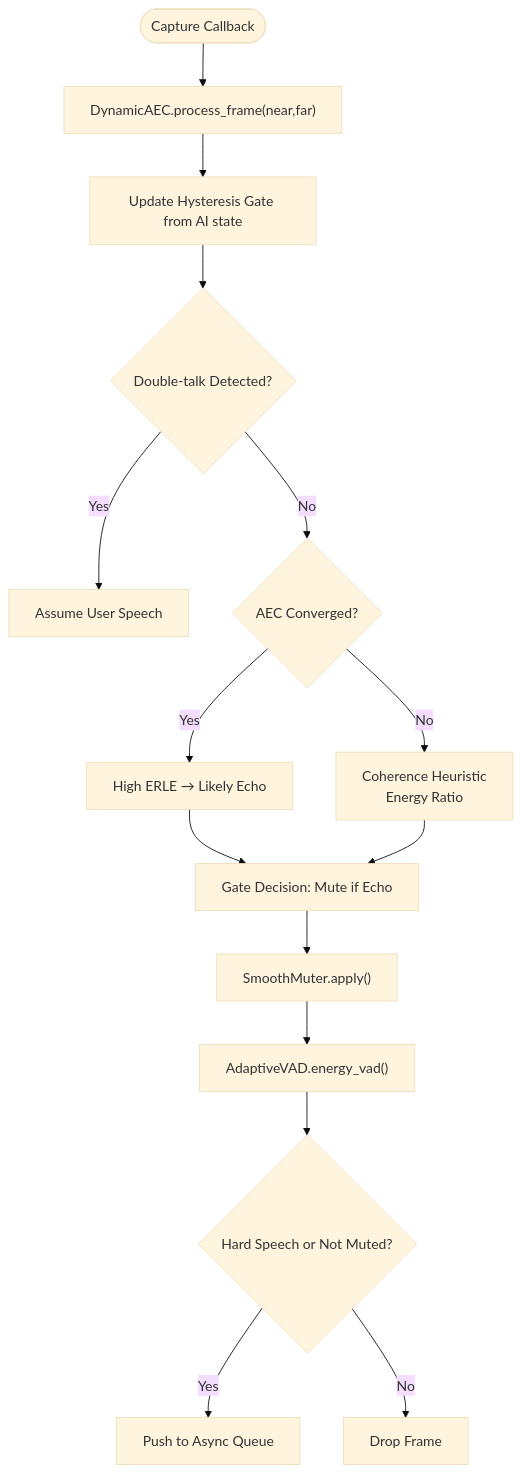
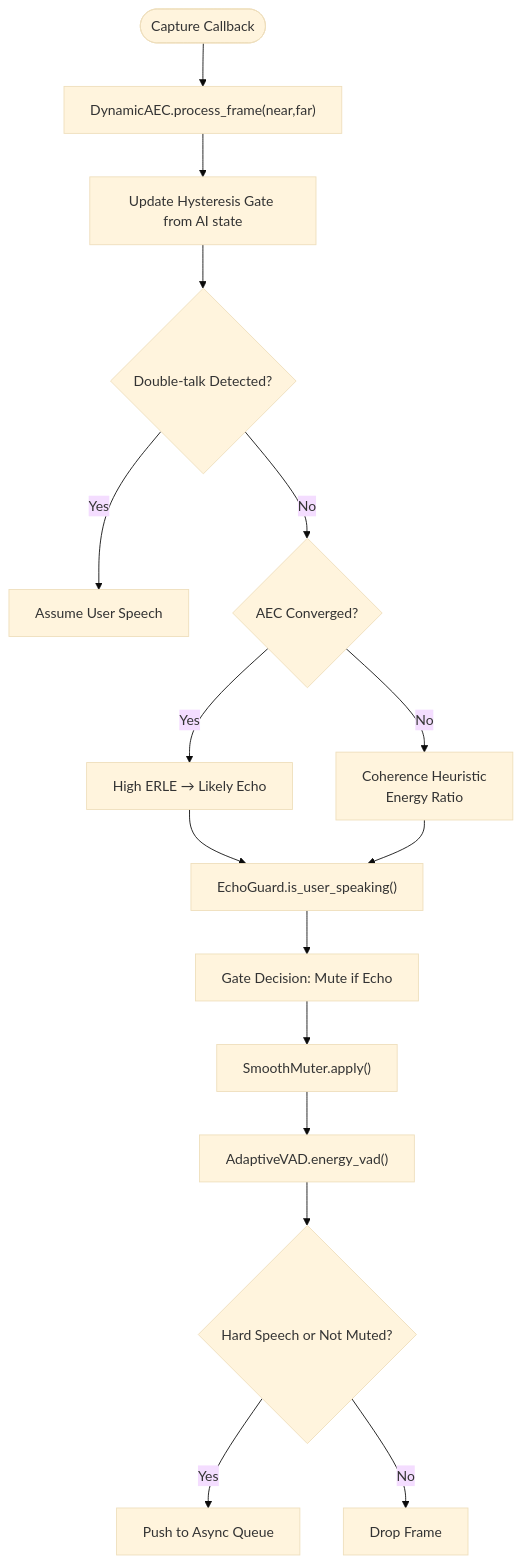
One commit to Moeabdelaziz007/Aether-Voice-OS changed the fifth of 12 diagrams in .qoder/repowiki/en/content/Audio Processing System/Audio Processing System.md. Above: the diagram before and after it, drawn with Mermaid (base theme). The commit also changed other lines of this file and 29 other files, not shown here.

````diff
--- a/.qoder/repowiki/en/content/Audio Processing System/Audio Processing System.md
+++ b/.qoder/repowiki/en/content/Audio Processing System/Audio Processing System.md
@@ -171,17 +316,18 @@
 ```mermaid
 flowchart TD
 Start(["Capture Callback"]) --> AECProc["DynamicAEC.process_frame(near,far)"]
 AECProc --> Gate["Update Hysteresis Gate from AI state"]
 Gate --> DT{"Double-talk Detected?"}
 DT --> |Yes| UserSpeech["Assume User Speech"]
 DT --> |No| Converged{"AEC Converged?"}
 Converged --> |Yes| ERLECheck["High ERLE → Likely Echo"]
 Converged --> |No| WarmHeuristic["Coherence Heuristic<br/>Energy Ratio"]
-ERLECheck --> Decide
-WarmHeuristic --> Decide
+ERLECheck --> EchoGuard["EchoGuard.is_user_speaking()"]
+WarmHeuristic --> EchoGuard
+EchoGuard --> Decide
 Decide["Gate Decision: Mute if Echo"] --> Mute["SmoothMuter.apply()"]
 Mute --> VAD["AdaptiveVAD.energy_vad()"]
 VAD --> Push{"Hard Speech or Not Muted?"}
 Push --> |Yes| Enqueue["Push to Async Queue"]
 Push --> |No| Drop["Drop Frame"]
 ```
````
